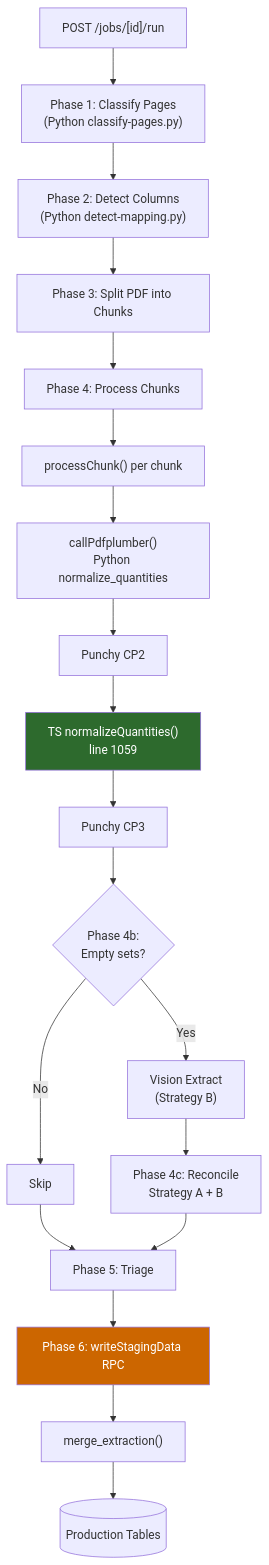
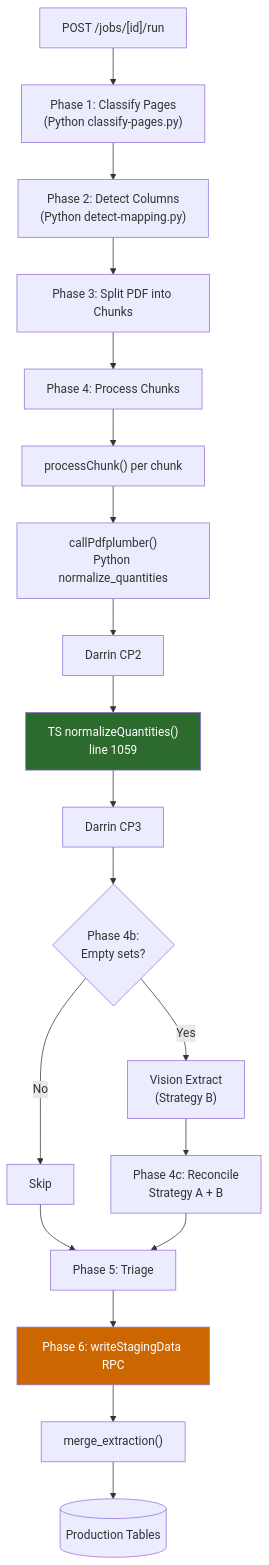
Before and after one commit to matt-RHC/door-hardware-tracker: the sixth of 10 diagrams in docs/architecture/extraction-pipeline.md, drawn with Mermaid. The commit also changed other lines of this file and 42 other files, not shown here.

First line of the commit message:
refactor: rename Punchy to Darrin across codebase

````diff
--- a/docs/architecture/extraction-pipeline.md
+++ b/docs/architecture/extraction-pipeline.md
@@ -217,27 +217,27 @@
 ```mermaid
 flowchart TB
     A["POST /jobs/[id]/run"] --> B["Phase 1: Classify Pages<br/>(Python classify-pages.py)"]
     B --> C["Phase 2: Detect Columns<br/>(Python detect-mapping.py)"]
     C --> D["Phase 3: Split PDF into Chunks"]
     D --> E["Phase 4: Process Chunks"]
     
     E --> E1["processChunk() per chunk"]
     E1 --> E2["callPdfplumber()<br/>Python normalize_quantities"]
-    E2 --> E3["Punchy CP2"]
+    E2 --> E3["Darrin CP2"]
     E3 --> E4["TS normalizeQuantities()<br/>line 1059"]
-    E4 --> E5["Punchy CP3"]
+    E4 --> E5["Darrin CP3"]
     
     E5 --> F{"Phase 4b:<br/>Empty sets?"}
     F -->|Yes| G["Vision Extract<br/>(Strategy B)"]
     F -->|No| H["Skip"]
     G --> I["Phase 4c: Reconcile<br/>Strategy A + B"]
     H --> J["Phase 5: Triage"]
     I --> J
     
     J --> K["Phase 6: writeStagingData RPC"]
     K --> L["merge_extraction()"]
     L --> M[(Production Tables)]
 
     style E4 fill:#2d6a2d,color:#fff
     style K fill:#cc6600,color:#fff
 ```
````
